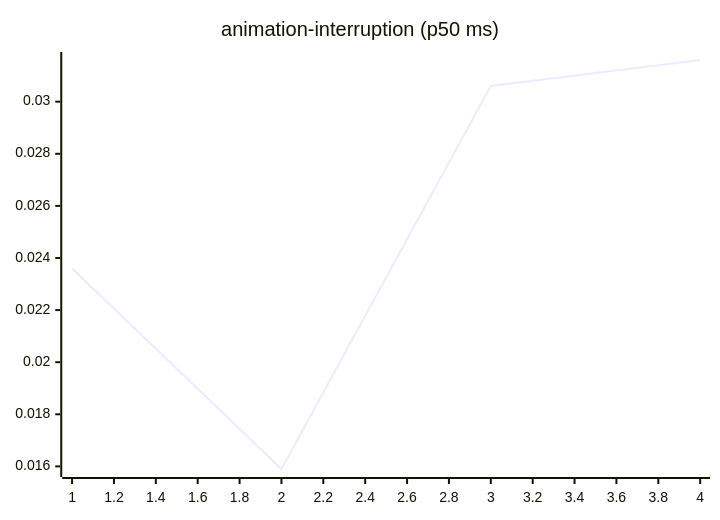
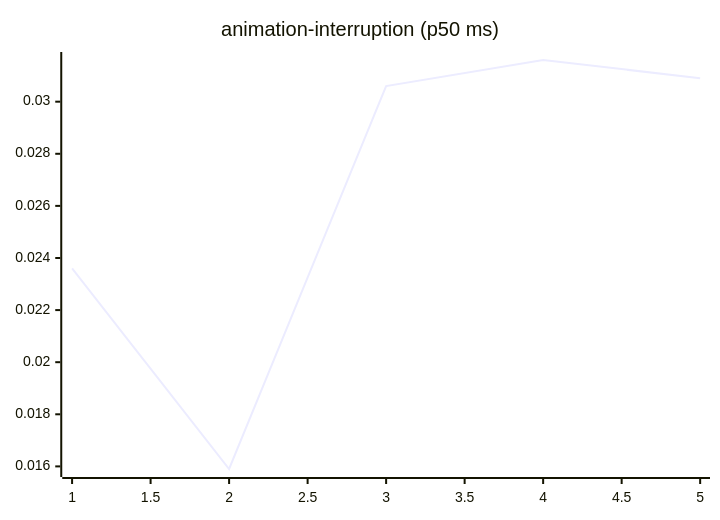
The third of 27 diagrams in README.md (josha/Facet), drawn with Mermaid before and after one commit. The commit also changed other lines of this file and 2 other files, not shown here.

````diff
--- a/README.md
+++ b/README.md
@@ -77,6 +77,6 @@
 ```mermaid
 xychart-beta
     title "animation-interruption (p50 ms)"
-    x-axis 1 --> 4
-    line [0.0236, 0.0159, 0.0306, 0.0316]
+    x-axis 1 --> 5
+    line [0.0236, 0.0159, 0.0306, 0.0316, 0.0309]
 ```
````
